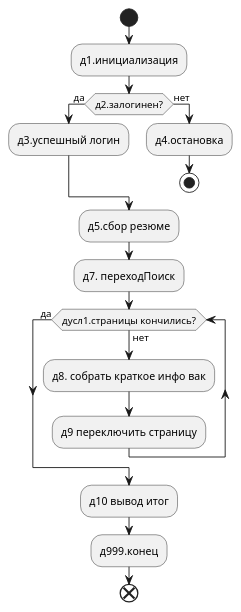
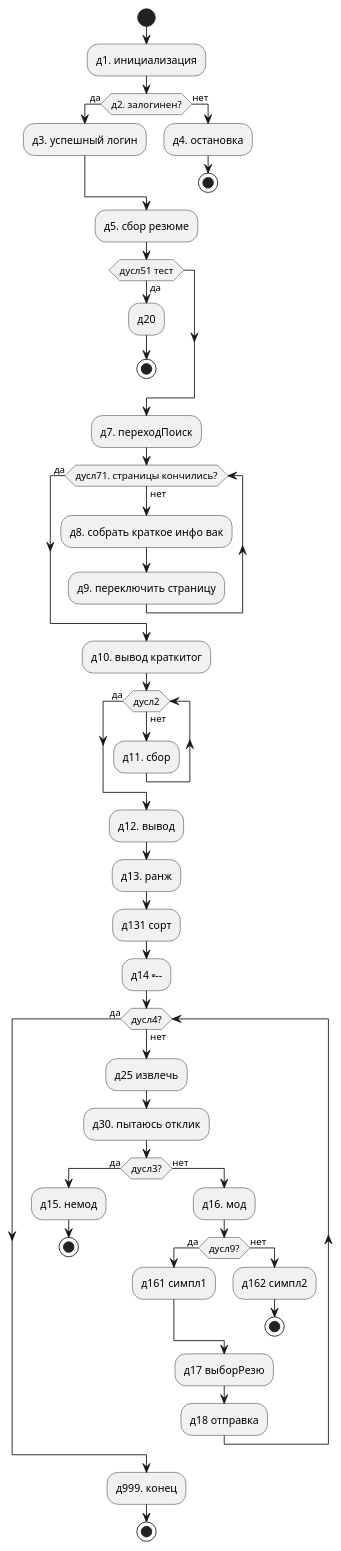
One commit to disuka/hh_auto_otklik changed the diagram in ТЗ_HH_Auto_Extension_v2.md. Above: the diagram before and after it, drawn with PlantUML. The commit also changed other lines of this file and 3 other files, not shown here.

```diff
--- a/ТЗ_HH_Auto_Extension_v2.md
+++ b/ТЗ_HH_Auto_Extension_v2.md
@@ -192,21 +388,48 @@
 @startuml
 start
-:д1.инициализация;
-if (д2.залогинен?) then (да)
-    :д3.успешный логин;
+:д1. инициализация;
+if (д2. залогинен?) then (да)
+    :д3. успешный логин;
 else (нет)
-    :д4.остановка;
+    :д4. остановка;
     stop
 endif
-:д5.cбор резюме;
+:д5. сбор резюме;
+if (дусл51 тест) then (да)
+    :д20;
+    stop
+endif
 :д7. переходПоиск;
-while (дусл1.страницы кончились?) is (нет)
-:д8. собрать краткое инфо вак;
-:д9 переключить страницу;
-endwhile  (да)
-
-:д10 вывод итог;
-
-:д999.конец;
-end
+while (дусл71. страницы кончились?) is (нет)
+    :д8. собрать краткое инфо вак;
+    :д9. переключить страницу;
+endwhile (да)
+:д10. вывод краткитог;
+while (дусл2) is (нет)
+    :д11. сбор;
+endwhile (да)
+:д12. вывод;
+:д13. ранж;
+:д131 сорт;
+:д14 -------;
+while (дусл4?) is (нет)
+    :д25 извлечь;
+    :д30. пытаюсь отклик;
+    if (дусл3?) then (да)
+        :д15. немод;
+        stop
+    else (нет)
+        :д16. мод;
+        if (дусл9?) then (да)
+            :д161 симпл1;
+        else (нет)
+            :д162 симпл2;
+            stop
+        endif
+        :д17 выборРезю;
+        :д18 отправка;
+    endif
+endwhile (да)
+:д999. конец;
+stop
 @enduml
```
